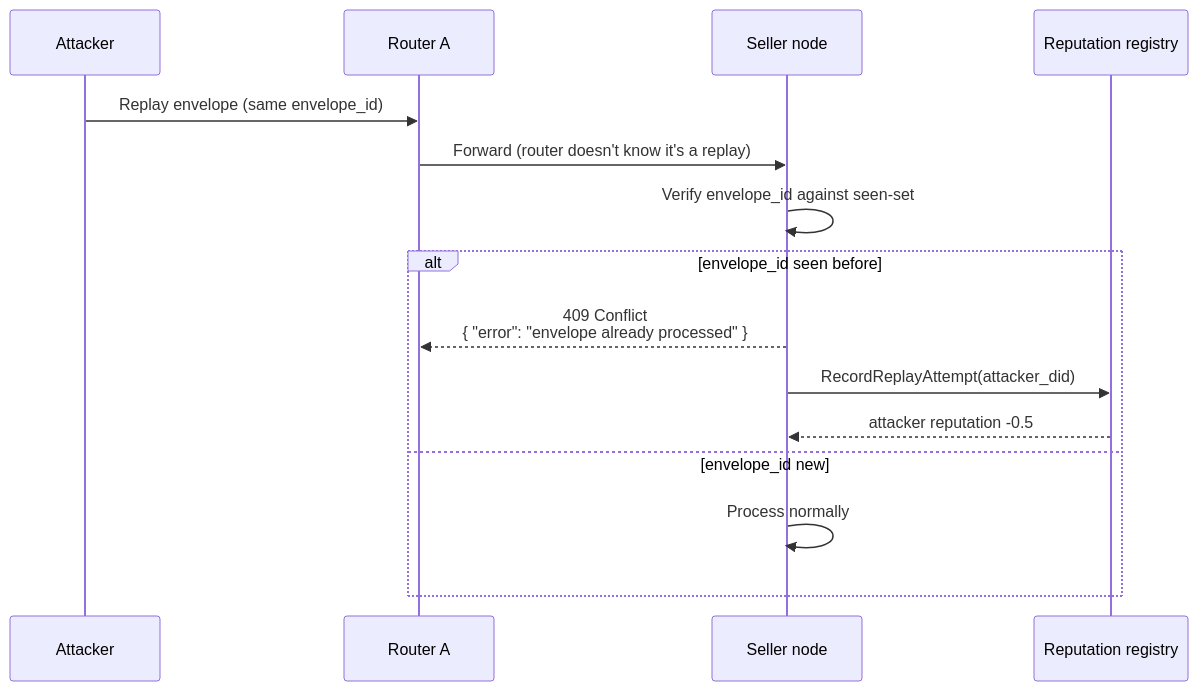
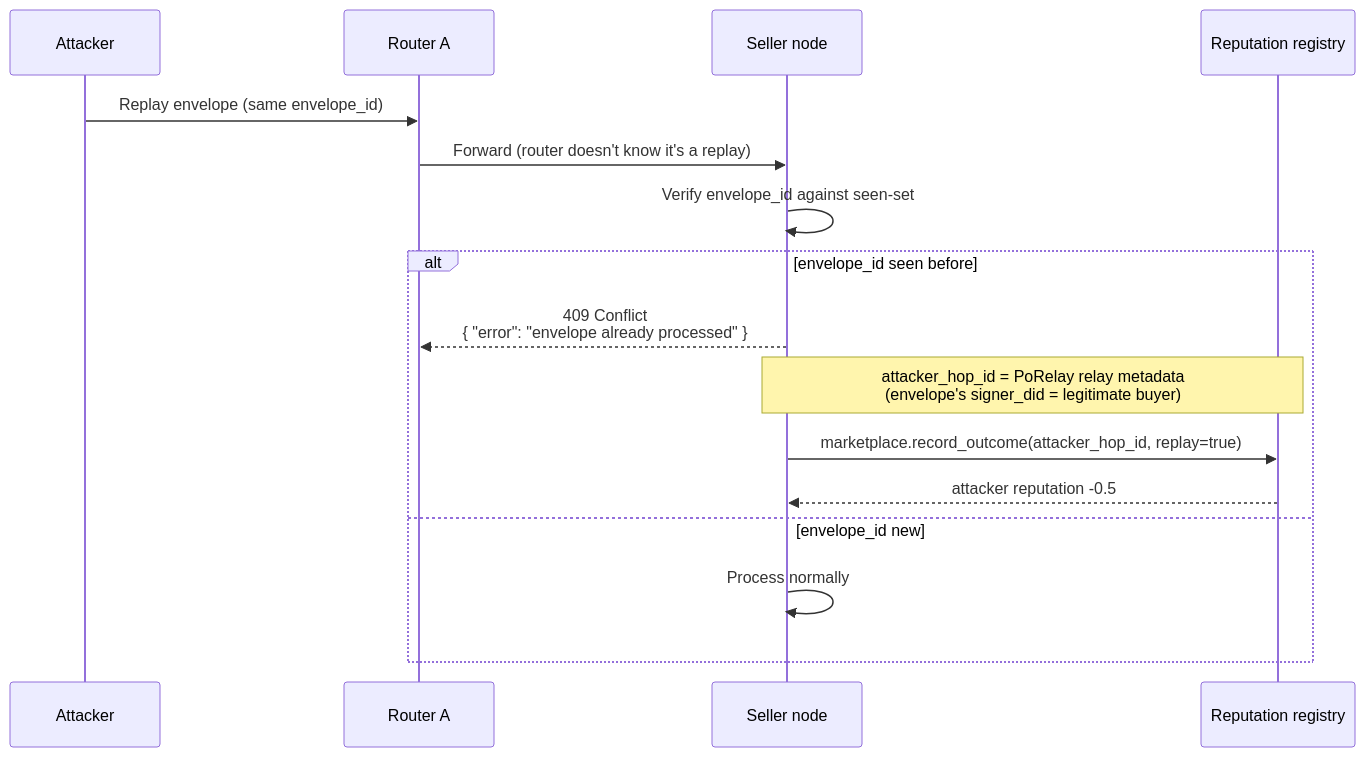
Diagram 11 of 14 in docs/architecture/end-to-end-scenarios.md (CipherOcto/cipherocto), drawn with Mermaid before and after one commit. The commit also changed other lines of this file, not shown here.

````diff
--- a/docs/architecture/end-to-end-scenarios.md
+++ b/docs/architecture/end-to-end-scenarios.md
@@ -476,18 +482,19 @@
 ```mermaid
 sequenceDiagram
     participant A as Attacker
     participant P1 as Router A
     participant SN as Seller node
     participant RR as Reputation registry
 
     A->>P1: Replay envelope (same envelope_id)
     P1->>SN: Forward (router doesn't know it's a replay)
     SN->>SN: Verify envelope_id against seen-set
     alt envelope_id seen before
         SN-->>P1: 409 Conflict<br/>{ "error": "envelope already processed" }
-        SN->>RR: RecordReplayAttempt(attacker_did)
+        Note over SN,RR: attacker_hop_id = PoRelay relay metadata<br/>(envelope's signer_did = legitimate buyer)
+        SN->>RR: marketplace.record_outcome(attacker_hop_id, replay=true)
         RR-->>SN: attacker reputation -0.5
     else envelope_id new
         SN->>SN: Process normally
     end
 ```
````
